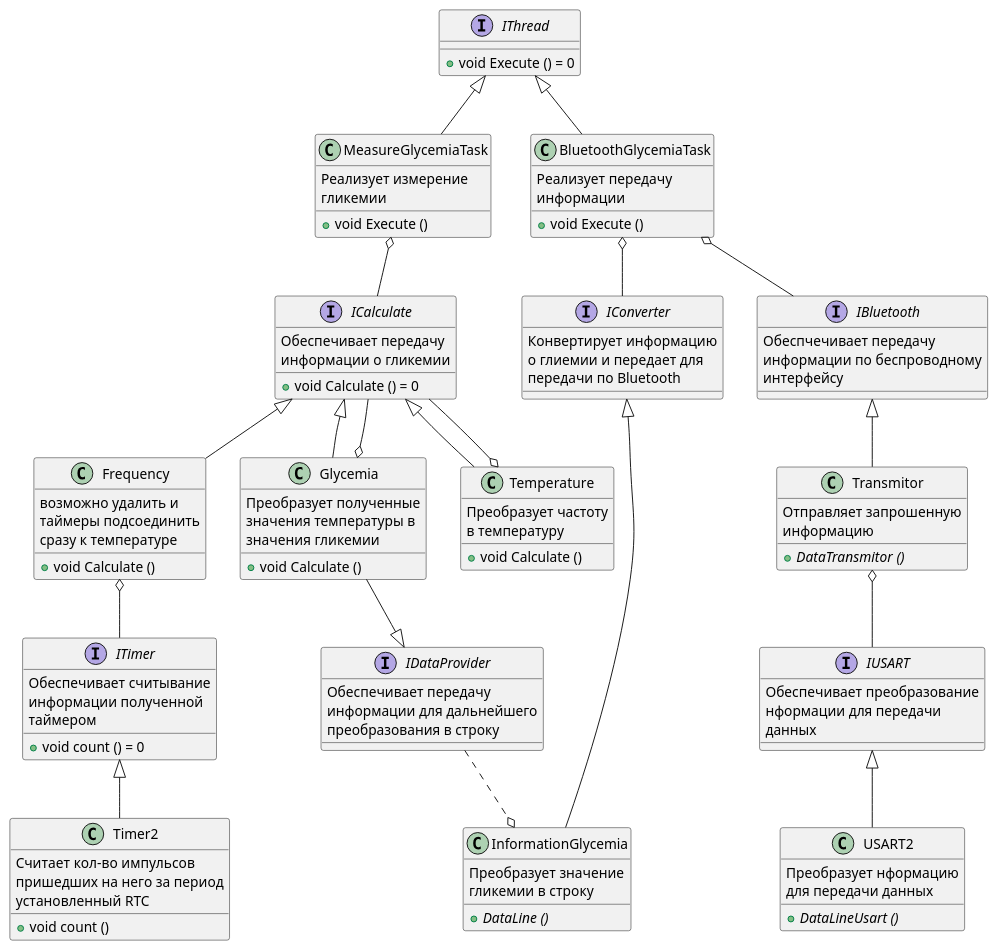
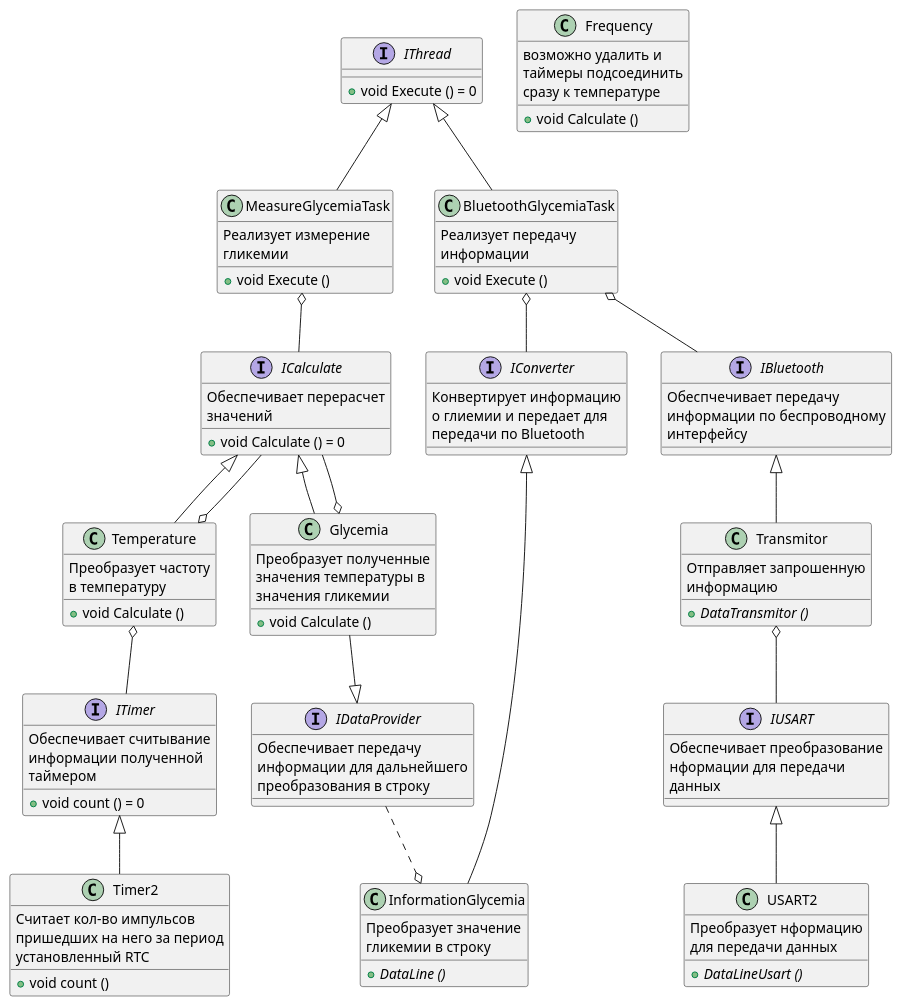
One commit to Luda-Seliv-KE-413/Kursovoy changed the diagram in DOC/Diagram.puml. Above: the diagram before and after it, drawn with PlantUML.

Commit message:
Ступор UML

```diff
--- a/DOC/Diagram.puml
+++ b/DOC/Diagram.puml
@@ -1,143 +1,142 @@
 @startuml main 
 
 interface IThread
 {
     + void Execute () = 0
 }
 class MeasureGlycemiaTask
 {
     Реализует измерение
     гликемии
 
     + void Execute ()
 }
 class Glycemia
 {
     Преобразует полученные
     значения температуры в
     значения гликемии
 
      + void Calculate ()
 }
 
 class Temperature
 {
     Преобразует частоту
     в температуру
 
      + void Calculate ()
 }
 
 class Frequency
 {
      возможно удалить и 
      таймеры подсоединить
      сразу к температуре
      
      + void Calculate ()
 }
 
 IThread <|-down- MeasureGlycemiaTask
 ICalculate -up-o MeasureGlycemiaTask
 ICalculate <|-- Glycemia
 ICalculate --o Glycemia
 Temperature -up-|> ICalculate
-Frequency -up-|> ICalculate
 ICalculate --o Temperature
 
 class BluetoothGlycemiaTask
 {
     Реализует передачу
     информации
 
      + void Execute ()
 }
 class USART2
 {
     Преобразует нформацию
     для передачи данных
     
     + {abstract} DataLineUsart ()
 }
 class Transmitor
 {
     Отправляет запрошенную
     информацию
     
     + {abstract} DataTransmitor ()
 }
 interface ICalculate
 {
-    Обеспечивает передачу
-    информации о гликемии
+    Обеспечивает перерасчет
+    значений
 
     + void Calculate () = 0
 }
 
 class InformationGlycemia
 {
     Преобразует значение 
     гликемии в строку
     
     + {abstract} DataLine ()
 }
 interface IBluetooth
 {
     Обеспчечивает передачу 
     информации по беспроводному
     интерфейсу
 }
 interface IUSART
 {
     Обеспечивает преобразование 
     нформации для передачи 
     данных
 }
 interface IConverter
 {
     Конвертирует информацию 
     о глиемии и передает для 
     передачи по Bluetooth
 }
 interface IDataProvider
 {
     Обеспечивает передачу 
     информации для дальнейшего 
     преобразования в строку
 }
 
 IThread <|-- BluetoothGlycemiaTask
 BluetoothGlycemiaTask o-- IBluetooth
 Transmitor -up-|> IBluetooth
 IUSART -up-o Transmitor
 USART2 -up-|> IUSART
 InformationGlycemia -up-|> IConverter
 IConverter -up-o BluetoothGlycemiaTask
 
 
 InformationGlycemia o.up.IDataProvider
 Glycemia --|> IDataProvider
 
 
 
 interface ITimer
 {
     Обеспечивает считывание
     информации полученной
     таймером
 
     + void count () = 0
 }
 class Timer2
 {
     Считает кол-во импульсов
     пришедших на него за период 
     установленный RTC
 
     + void count ()
 }
 
-ITimer -up-o Frequency
+ITimer -up-o Temperature
 Timer2 -up-|> ITimer
 
 @enduml
```
